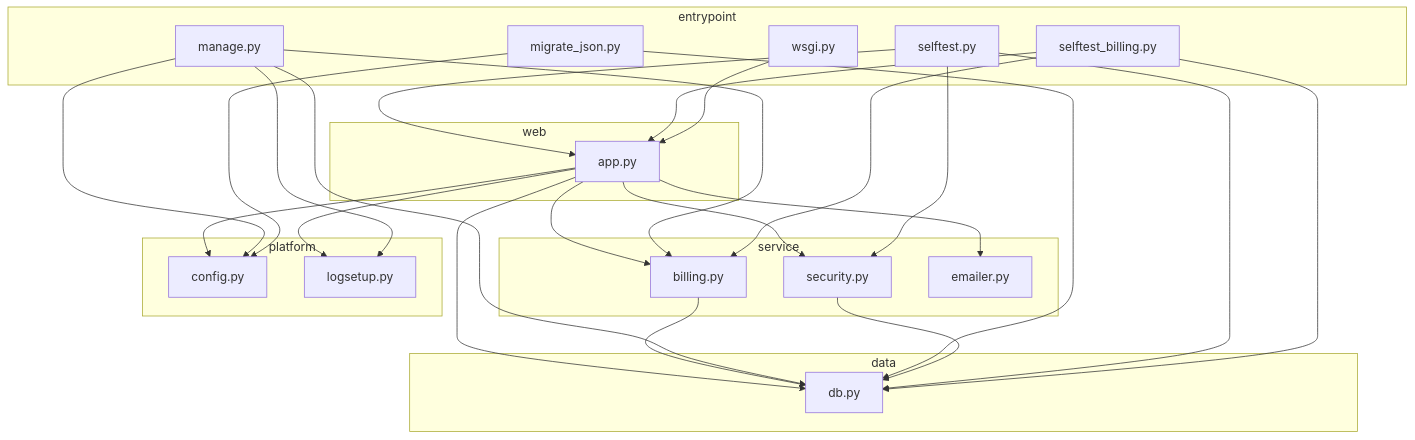
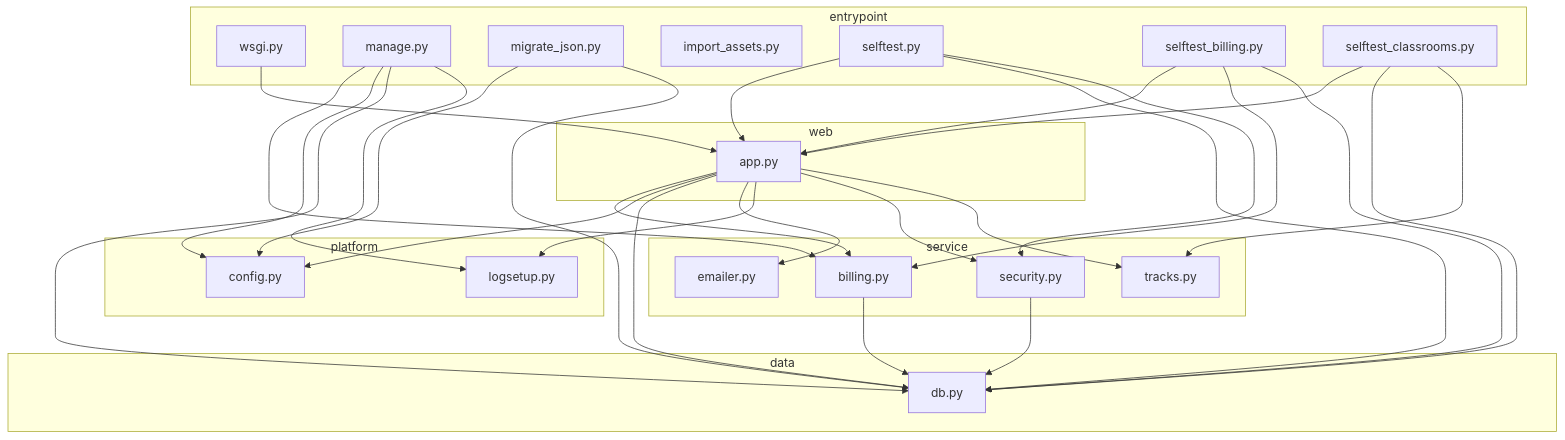
One commit to shry9735/Book-Trial-Thing changed the diagram in docs/CALLGRAPH.md. Above: the diagram before and after it, drawn with Mermaid. The commit also changed other lines of this file and 41 other files, not shown here.

````diff
--- a/docs/CALLGRAPH.md
+++ b/docs/CALLGRAPH.md
@@ -18,46 +18,53 @@
 ```mermaid
 graph TD
     subgraph L0["entrypoint"]
         wsgi["wsgi.py"]
         manage["manage.py"]
         migrate_json["migrate_json.py"]
+        import_assets["import_assets.py"]
         selftest["selftest.py"]
         selftest_billing["selftest_billing.py"]
+        selftest_classrooms["selftest_classrooms.py"]
     end
     subgraph L1["web"]
         app["app.py"]
     end
     subgraph L2["service"]
         billing["billing.py"]
         security["security.py"]
         emailer["emailer.py"]
+        tracks["tracks.py"]
     end
     subgraph L3["data"]
         db["db.py"]
     end
     subgraph L4["platform"]
         config["config.py"]
         logsetup["logsetup.py"]
     end
     app --> billing
     app --> config
     app --> db
     app --> emailer
     app --> logsetup
     app --> security
+    app --> tracks
     billing --> db
     manage --> billing
     manage --> config
     manage --> db
     manage --> logsetup
     migrate_json --> config
     migrate_json --> db
     security --> db
     selftest --> app
     selftest --> db
     selftest --> security
     selftest_billing --> app
     selftest_billing --> billing
     selftest_billing --> db
+    selftest_classrooms --> app
+    selftest_classrooms --> db
+    selftest_classrooms --> tracks
     wsgi --> app
 ```
````
